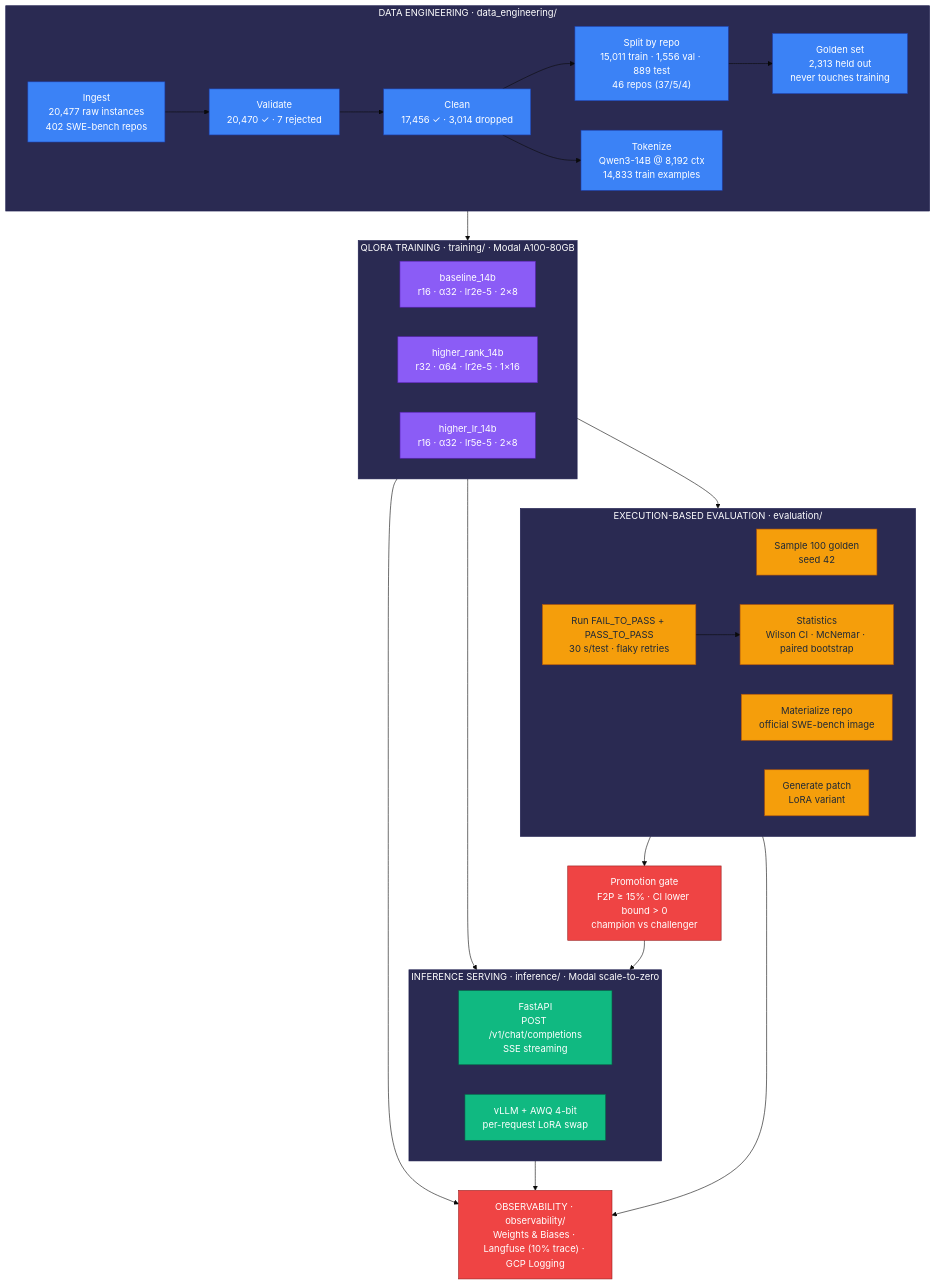
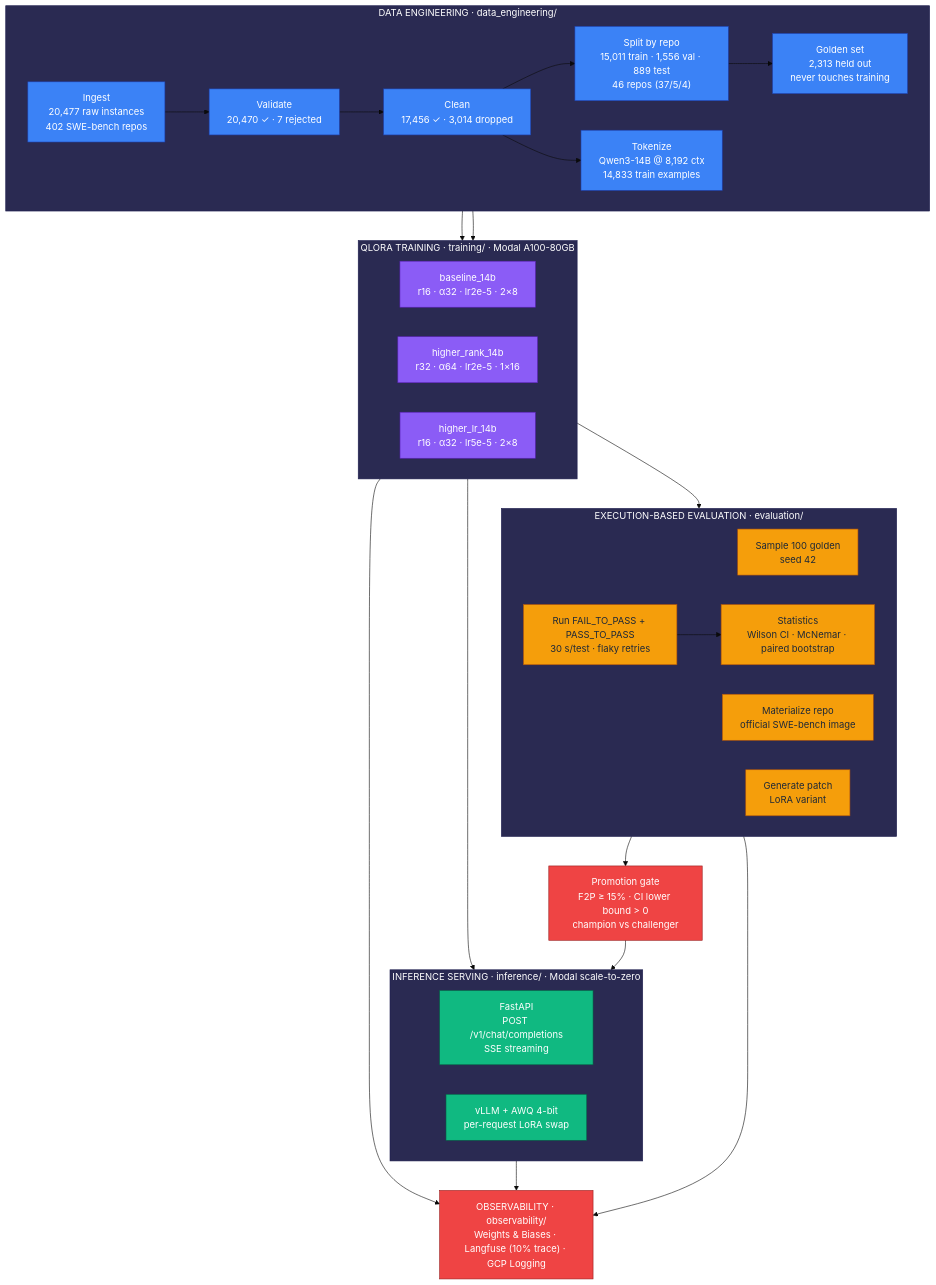
Before and after one commit to AhmedIkram05/SWE-Qwen: the diagram in README.md, drawn with Mermaid (base theme). The commit also changed other lines of this file, not shown here.

````diff
--- a/README.md
+++ b/README.md
@@ -41,56 +41,57 @@
 ```mermaid
 flowchart TB
     subgraph DATA["DATA ENGINEERING · data_engineering/"]
         direction LR
         ING["Ingest<br/>20,477 raw instances<br/>402 SWE-bench repos"]
         VAL["Validate<br/>20,470 ✓ · 7 rejected"]
         CLEAN["Clean<br/>17,456 ✓ · 3,014 dropped"]
         SPLIT["Split by repo<br/>15,011 train · 1,556 val · 889 test<br/>46 repos (37/5/4)"]
         GOLD["Golden set<br/>2,313 held out<br/>never touches training"]
         TOK["Tokenize<br/>Qwen3-14B @ 8,192 ctx<br/>14,833 train examples"]
         ING --> VAL --> CLEAN --> SPLIT --> GOLD
         CLEAN --> TOK
     end
     subgraph TRAIN["QLORA TRAINING · training/ · Modal A100-80GB"]
         direction LR
         BASE["baseline_14b<br/>r16 · α32 · lr2e-5 · 2×8"]
         RANK["higher_rank_14b<br/>r32 · α64 · lr2e-5 · 1×16"]
         LR["higher_lr_14b<br/>r16 · α32 · lr5e-5 · 2×8"]
     end
     subgraph EVAL["EXECUTION-BASED EVALUATION · evaluation/"]
         direction LR
         SAMPLE["Sample 100 golden<br/>seed 42"]
         DOCKER["Materialize repo<br/>official SWE-bench image"]
         PATCH["Generate patch<br/>LoRA variant"]
         TEST["Run FAIL_TO_PASS + PASS_TO_PASS<br/>30 s/test · flaky retries"]
         STATS["Statistics<br/>Wilson CI · McNemar · paired bootstrap"]
         TEST --> STATS
     end
     subgraph SERVE["INFERENCE SERVING · inference/ · Modal scale-to-zero"]
         direction LR
         API["FastAPI<br/>POST /v1/chat/completions<br/>SSE streaming"]
         VLLM["vLLM + AWQ 4-bit<br/>per-request LoRA swap"]
     end
     OBS["OBSERVABILITY · observability/<br/>Weights & Biases · Langfuse (10% trace) · GCP Logging"]
     DATA --> TRAIN
+    TOK --> TRAIN
     TRAIN --> SAMPLE
     TRAIN --> API
     EVAL --> PROMO1["Promotion gate<br/>F2P ≥ 15% · CI lower bound > 0<br/>champion vs challenger"]
     PROMO1 --> API
     API --> OBS
     EVAL --> OBS
     TRAIN --> OBS
 
     classDef src fill:#2a2a52,color:#fff,stroke:#1e1e4f
     classDef proc fill:#3b82f6,color:#fff,stroke:#1e40af
     classDef ml fill:#8b5cf6,color:#fff,stroke:#5b21b6
     classDef evl fill:#f59e0b,color:#1f2937,stroke:#b45309
     classDef srv fill:#10b981,color:#fff,stroke:#065f46
     classDef obs fill:#ef4444,color:#fff,stroke:#991b1b
     class ING,VAL,CLEAN,SPLIT,GOLD,TOK proc
     class BASE,RANK,LR ml
     class SAMPLE,DOCKER,PATCH,TEST,STATS evl
     class API,VLLM srv
     class OBS,PROMO1 obs
     class DATA,TRAIN,EVAL,SERVE src
 ```
````
